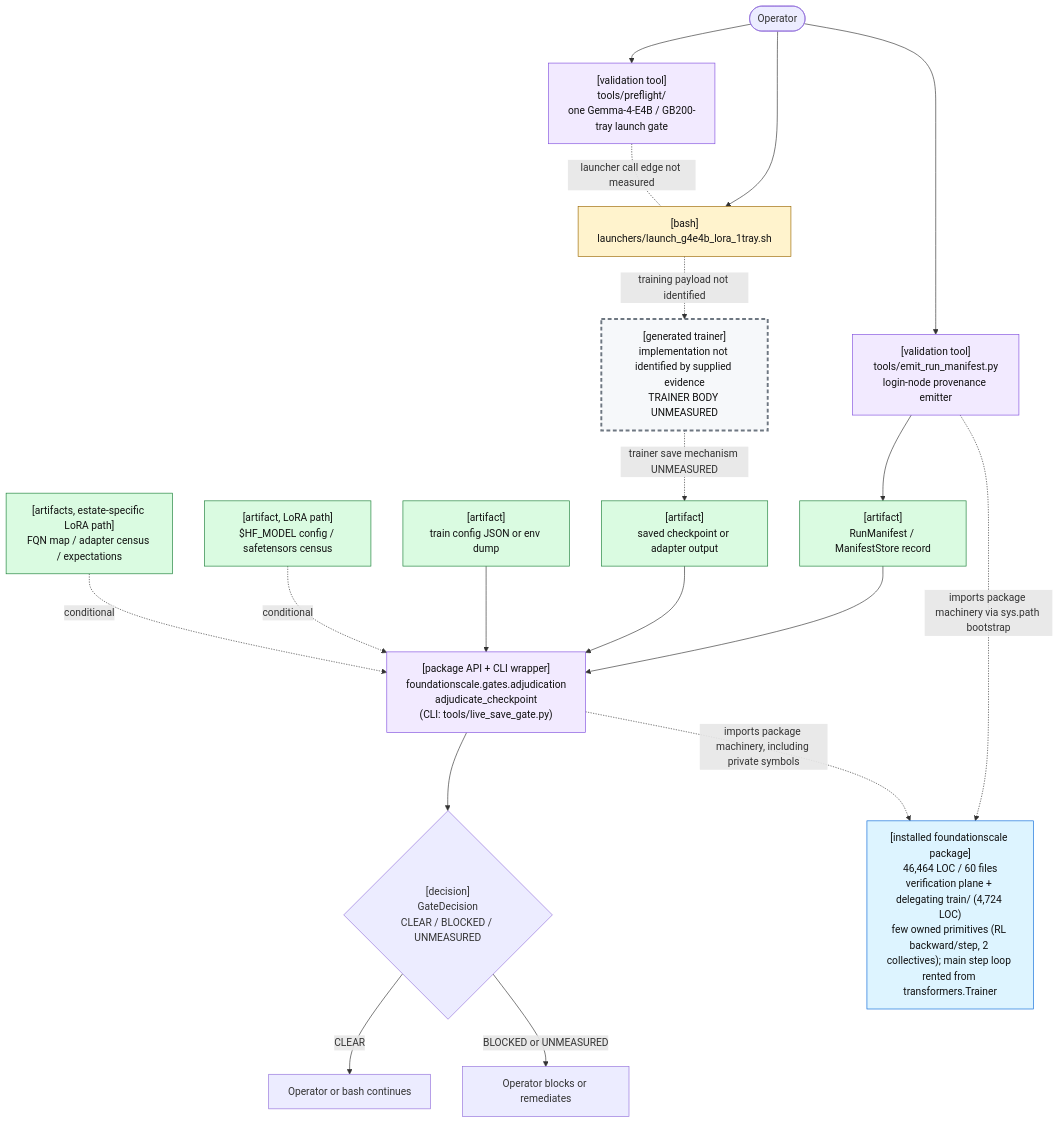
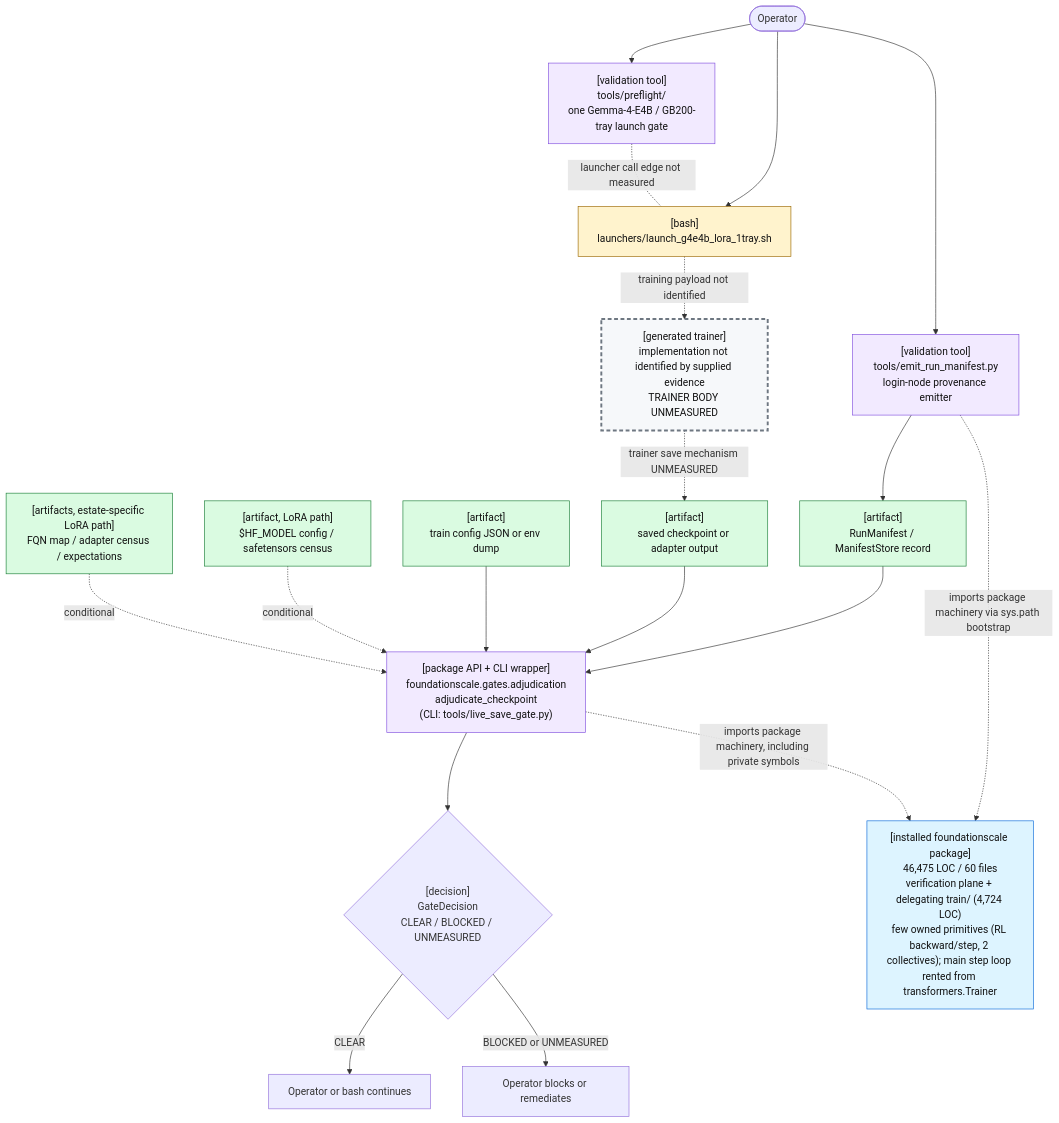
Before and after one commit to TranNhiem/FoundationScale: the first of 2 diagrams in docs/review/D2_current_architecture.md, drawn with Mermaid. The commit also changed other lines of this file and 14 other files, not shown here.

````diff
--- a/docs/review/D2_current_architecture.md
+++ b/docs/review/D2_current_architecture.md
@@ -25,59 +25,59 @@
 ```mermaid
 flowchart TB
   O(["Operator"])
 
   PF["[validation tool]<br/>tools/preflight/<br/>one Gemma-4-E4B / GB200-tray launch gate"]
   L["[bash]<br/>launchers/launch_g4e4b_lora_1tray.sh"]
 
   E["[validation tool]<br/>tools/emit_run_manifest.py<br/>login-node provenance emitter"]
   M["[artifact]<br/>RunManifest / ManifestStore record"]
 
   T["[generated trainer]<br/>implementation not identified by supplied evidence<br/>TRAINER BODY UNMEASURED"]
   C["[artifact]<br/>saved checkpoint or adapter output"]
 
   G["[package API + CLI wrapper]<br/>foundationscale.gates.adjudication<br/>adjudicate_checkpoint<br/>(CLI: tools/live_save_gate.py)"]
   CFG["[artifact]<br/>train config JSON or env dump"]
   BASE["[artifact, LoRA path]<br/>$HF_MODEL config / safetensors census"]
   CEN["[artifacts, estate-specific LoRA path]<br/>FQN map / adapter census / expectations"]
 
   D{"[decision]<br/>GateDecision<br/>CLEAR / BLOCKED / UNMEASURED"}
   OK["Operator or bash continues"]
   NO["Operator blocks or remediates"]
 
-  PKG["[installed foundationscale package]<br/>46,464 LOC / 60 files<br/>verification plane + delegating train/ (4,724 LOC)<br/>few owned primitives (RL backward/step, 2 collectives); main step loop rented from transformers.Trainer"]
+  PKG["[installed foundationscale package]<br/>46,475 LOC / 60 files<br/>verification plane + delegating train/ (4,724 LOC)<br/>few owned primitives (RL backward/step, 2 collectives); main step loop rented from transformers.Trainer"]
 
   O --> PF
   O --> L
   PF -. "launcher call edge not measured" .- L
 
   O --> E
   E --> M
 
   L -. "training payload not identified" .-> T
   T -. "trainer save mechanism UNMEASURED" .-> C
 
   M --> G
   C --> G
   CFG --> G
   BASE -. "conditional" .-> G
   CEN -. "conditional" .-> G
 
   E -. "imports package machinery via sys.path bootstrap" .-> PKG
   G -. "imports package machinery, including private symbols" .-> PKG
 
   G --> D
   D -->|"CLEAR"| OK
   D -->|"BLOCKED or UNMEASURED"| NO
 
   classDef bash fill:#fff3cd,stroke:#9a6700,color:#111;
   classDef tool fill:#f2eaff,stroke:#8250df,color:#111;
   classDef artifact fill:#dafbe1,stroke:#1a7f37,color:#111;
   classDef gap fill:#f6f8fa,stroke:#6e7781,stroke-width:3px,stroke-dasharray: 6 4,color:#111;
   classDef pkg fill:#ddf4ff,stroke:#0969da,color:#111;
 
   class L bash;
   class PF,E,G tool;
   class M,C,CFG,BASE,CEN artifact;
   class T gap;
   class PKG pkg;
 ```
````
